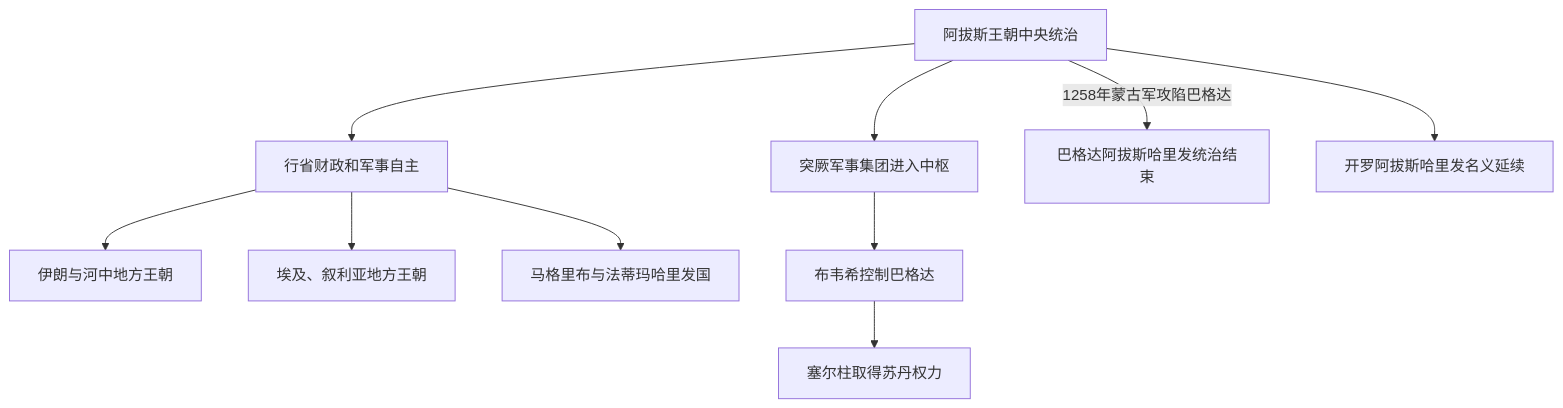
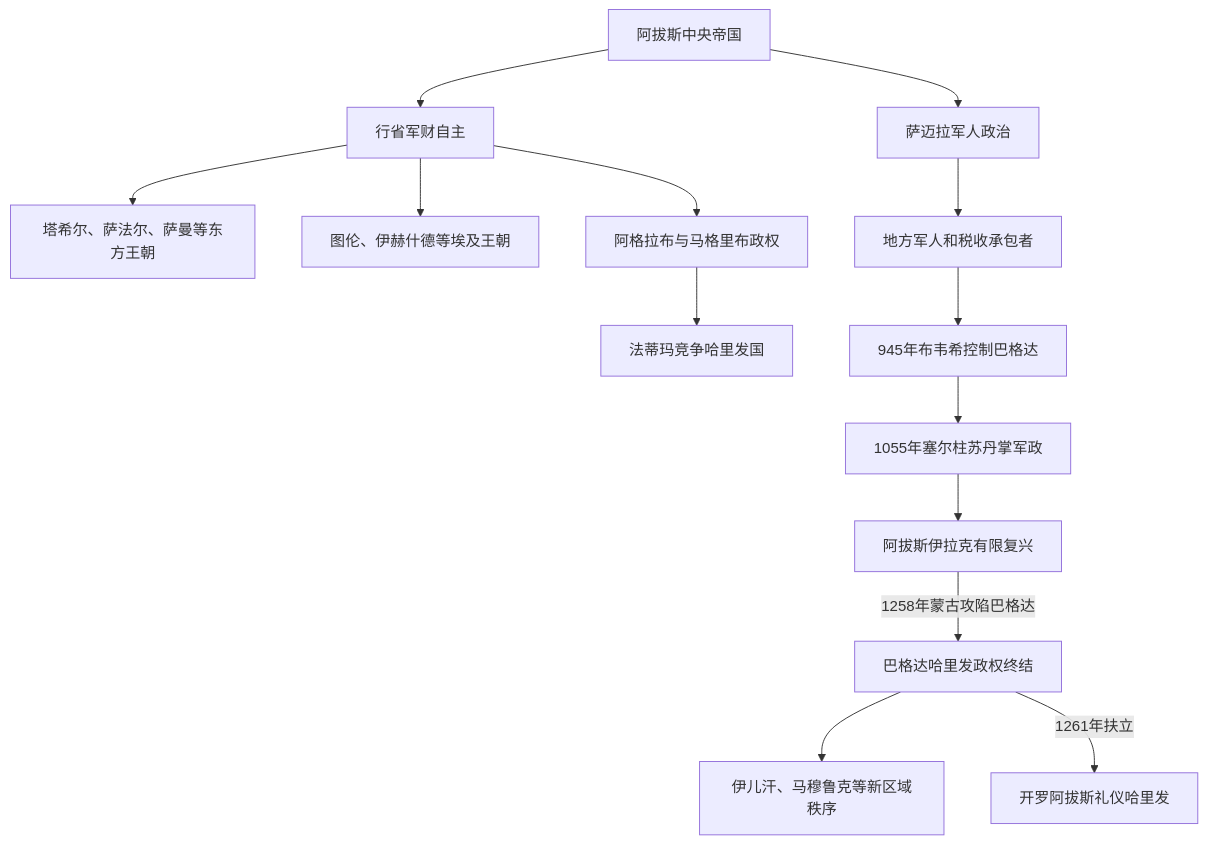
Before and after one commit to tianlan-dev/learning-notes: the diagram in 人文科学/历史/西亚/_通史/阿拉伯帝国/后阿拔斯与地方王朝.md, drawn with Mermaid. The commit also changed other lines of this file and 1417 other files, not shown here.

````diff
--- a/人文科学/历史/西亚/_通史/阿拉伯帝国/后阿拔斯与地方王朝.md
+++ b/人文科学/历史/西亚/_通史/阿拉伯帝国/后阿拔斯与地方王朝.md
@@ -17,12 +17,16 @@
 ```mermaid
 flowchart TD
-    Abbasid["阿拔斯王朝中央统治"] --> Provinces["行省财政和军事自主"]
-    Provinces --> IranDynasties["伊朗与河中地方王朝"]
-    Provinces --> EgyptDynasties["埃及、叙利亚地方王朝"]
-    Provinces --> Maghreb["马格里布与法蒂玛哈里发国"]
-    Abbasid --> TurkishGuard["突厥军事集团进入中枢"]
-    TurkishGuard --> Buyid["布韦希控制巴格达"]
-    Buyid --> Seljuk["塞尔柱取得苏丹权力"]
-    Abbasid -->|"1258年蒙古军攻陷巴格达"| BaghdadEnd["巴格达阿拔斯哈里发统治结束"]
-    Abbasid --> CairoCaliph["开罗阿拔斯哈里发名义延续"]
+    A["阿拔斯中央帝国"] --> B["行省军财自主"]
+    A --> C["萨迈拉军人政治"]
+    B --> D["塔希尔、萨法尔、萨曼等东方王朝"]
+    B --> E["图伦、伊赫什德等埃及王朝"]
+    B --> F["阿格拉布与马格里布政权"]
+    C --> G["地方军人和税收承包者"]
+    F --> H["法蒂玛竞争哈里发国"]
+    G --> I["945年布韦希控制巴格达"]
+    I --> J["1055年塞尔柱苏丹掌军政"]
+    J --> K["阿拔斯伊拉克有限复兴"]
+    K -->|1258年蒙古攻陷巴格达| L["巴格达哈里发政权终结"]
+    L --> M["伊儿汗、马穆鲁克等新区域秩序"]
+    L -->|1261年扶立| N["开罗阿拔斯礼仪哈里发"]
 ```
````
